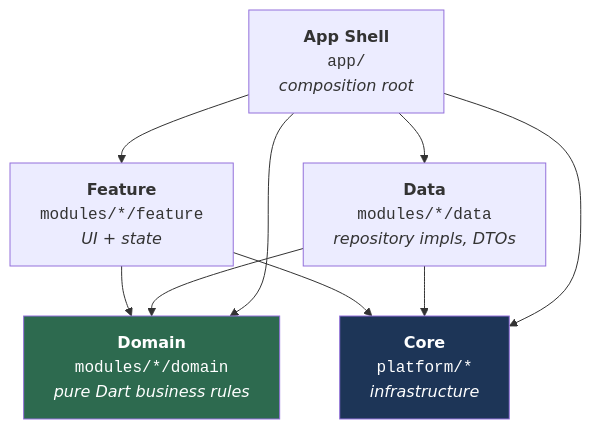
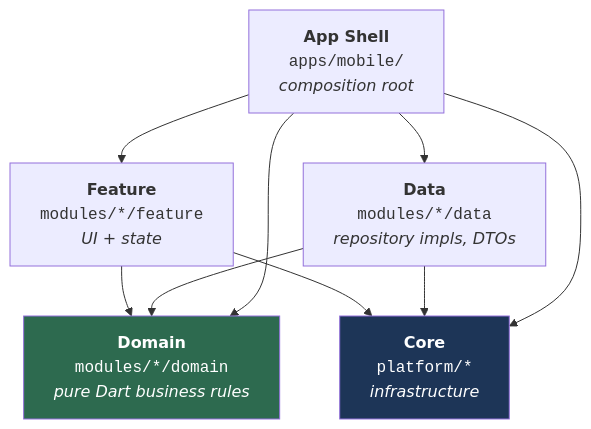
Before and after one commit to CaoGiaHieu-dev/flutter-monorepo-codebase: the diagram in docs/en/architecture/01_overview.md, drawn with Mermaid. The commit also changed other lines of this file and 410 other files, not shown here.

First line of the commit message:
refactor: move app/ to apps/mobile/ and give every directory an owner

````diff
--- a/docs/en/architecture/01_overview.md
+++ b/docs/en/architecture/01_overview.md
@@ -13,20 +13,20 @@
 ```mermaid
 graph TD
-    App["<b>App Shell</b><br/><code>app/</code><br/><i>composition root</i>"]
+    App["<b>App Shell</b><br/><code>apps/mobile/</code><br/><i>composition root</i>"]
     Feature["<b>Feature</b><br/><code>modules/*/feature</code><br/><i>UI + state</i>"]
     Domain["<b>Domain</b><br/><code>modules/*/domain</code><br/><i>pure Dart business rules</i>"]
     Data["<b>Data</b><br/><code>modules/*/data</code><br/><i>repository impls, DTOs</i>"]
     Core["<b>Core</b><br/><code>platform/*</code><br/><i>infrastructure</i>"]
 
     Feature --> Domain
     Data --> Domain
     Feature --> Core
     Data --> Core
     App --> Feature
     App --> Data
     App --> Domain
     App --> Core
 
     style Domain fill:#2d6a4f,color:#fff
     style Core fill:#1d3557,color:#fff
 ```
````
